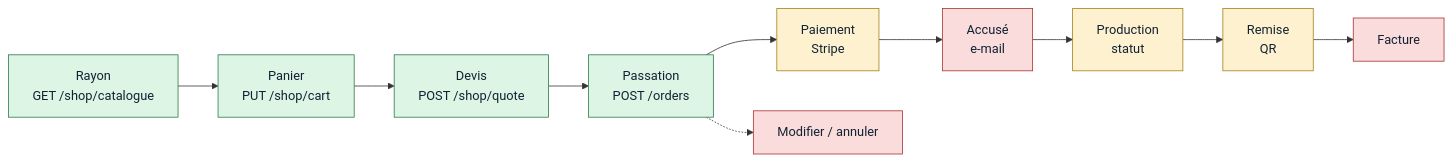
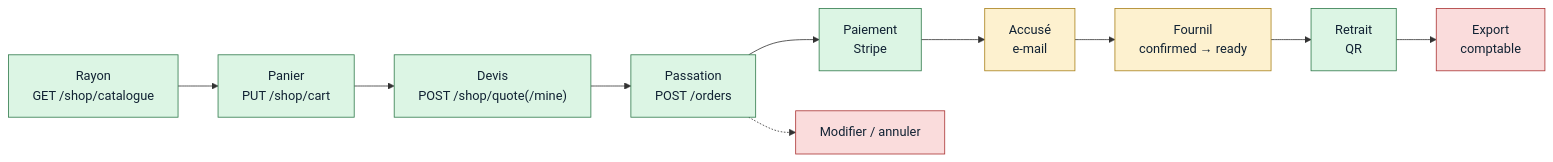
Before and after one commit to hugoheynard/lfd: the diagram in documentation/order/audit-flux-de-commande.md, drawn with Mermaid. The commit also changed other lines of this file and 62 other files, not shown here.

````diff
--- a/documentation/order/audit-flux-de-commande.md
+++ b/documentation/order/audit-flux-de-commande.md
@@ -23,19 +29,19 @@
 ```mermaid
 flowchart LR
   Rayon["Rayon<br/>GET /shop/catalogue"] --> Panier["Panier<br/>PUT /shop/cart"]
-  Panier --> Devis["Devis<br/>POST /shop/quote"]
+  Panier --> Devis["Devis<br/>POST /shop/quote(/mine)"]
   Devis --> Passation["Passation<br/>POST /orders"]
   Passation --> Paiement["Paiement<br/>Stripe"]
   Paiement --> Accuse["Accusé<br/>e-mail"]
-  Accuse --> Prod["Production<br/>statut"]
-  Prod --> Remise["Remise<br/>QR"]
-  Remise --> Facture["Facture"]
+  Accuse --> Prod["Fournil<br/>confirmed → ready"]
+  Prod --> Retrait["Retrait<br/>QR"]
+  Retrait --> Export["Export<br/>comptable"]
   Passation -.-> Modif["Modifier / annuler"]
 
   classDef ok fill:#dcf5e4,stroke:#2f7a4a,color:#123
   classDef half fill:#fdf1cf,stroke:#a8801a,color:#123
   classDef ko fill:#fadcdc,stroke:#a33,color:#123
-  class Rayon,Panier,Devis,Passation ok
-  class Paiement,Prod,Remise half
-  class Accuse,Facture,Modif ko
+  class Rayon,Panier,Devis,Passation,Paiement,Retrait ok
+  class Accuse,Prod half
+  class Export,Modif ko
 ```
````
